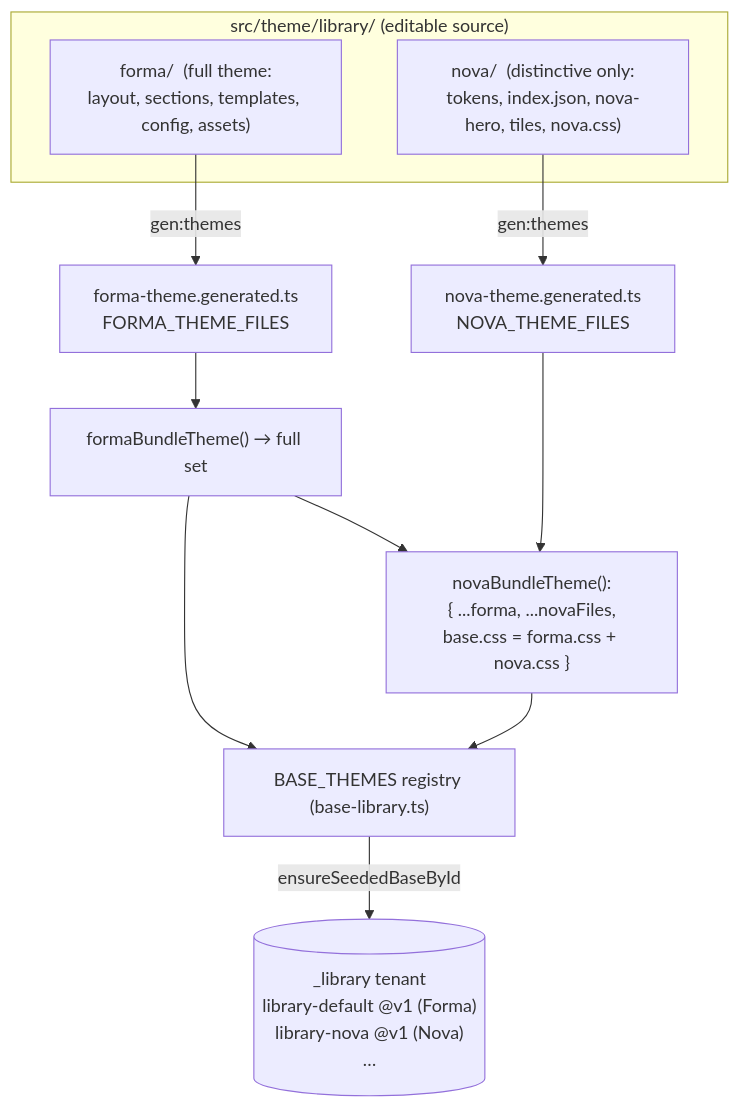
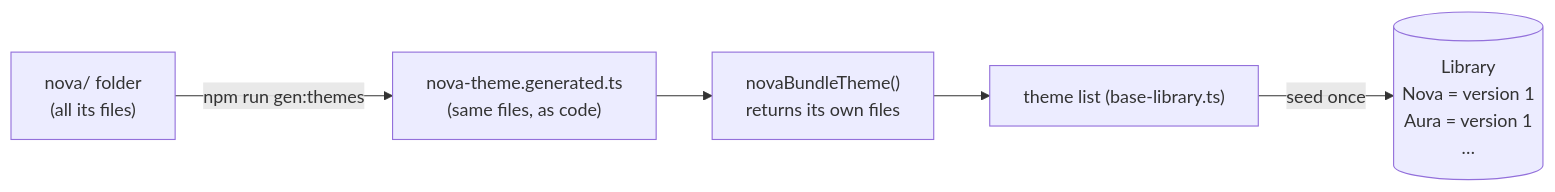
One commit to primathontech/ratio-3.0 changed the fourth of 8 diagrams in packages/builder-core/src/theme/ARCHITECTURE.md. Above: the diagram before and after it, drawn with Mermaid. The commit also changed other lines of this file and 1 other file, not shown here.

First line of the commit message:
docs(theme): rewrite theme docs in simple English + more diagrams (#324)

````diff
--- a/packages/builder-core/src/theme/ARCHITECTURE.md
+++ b/packages/builder-core/src/theme/ARCHITECTURE.md
@@ -90,15 +70,7 @@
 ```mermaid
-flowchart TD
-  subgraph src["src/theme/library/ (editable source)"]
-    fdir["forma/  (full theme:<br/>layout, sections, templates, config, assets)"]
-    ndir["nova/  (distinctive only:<br/>tokens, index.json, nova-hero, tiles, nova.css)"]
-  end
-  fdir -->|gen:themes| fgen[forma-theme.generated.ts<br/>FORMA_THEME_FILES]
-  ndir -->|gen:themes| ngen[nova-theme.generated.ts<br/>NOVA_THEME_FILES]
-  fgen --> fcomp["formaBundleTheme() → full set"]
-  fcomp --> ncomp
-  ngen --> ncomp["novaBundleTheme():<br/>{ ...forma, ...novaFiles,<br/>base.css = forma.css + nova.css }"]
-  ncomp --> reg["BASE_THEMES registry (base-library.ts)"]
-  fcomp --> reg
-  reg -->|ensureSeededBaseById| lib[("_library tenant<br/>library-default @v1 (Forma)<br/>library-nova @v1 (Nova)<br/>…")]
+flowchart LR
+  dir["nova/ folder<br/>(all its files)"] -->|npm run gen:themes| gen["nova-theme.generated.ts<br/>(same files, as code)"]
+  gen --> fn["novaBundleTheme()<br/>returns its own files"]
+  fn --> reg["theme list (base-library.ts)"]
+  reg -->|seed once| lib[("Library<br/>Nova = version 1<br/>Aura = version 1<br/>…")]
 ```
````
